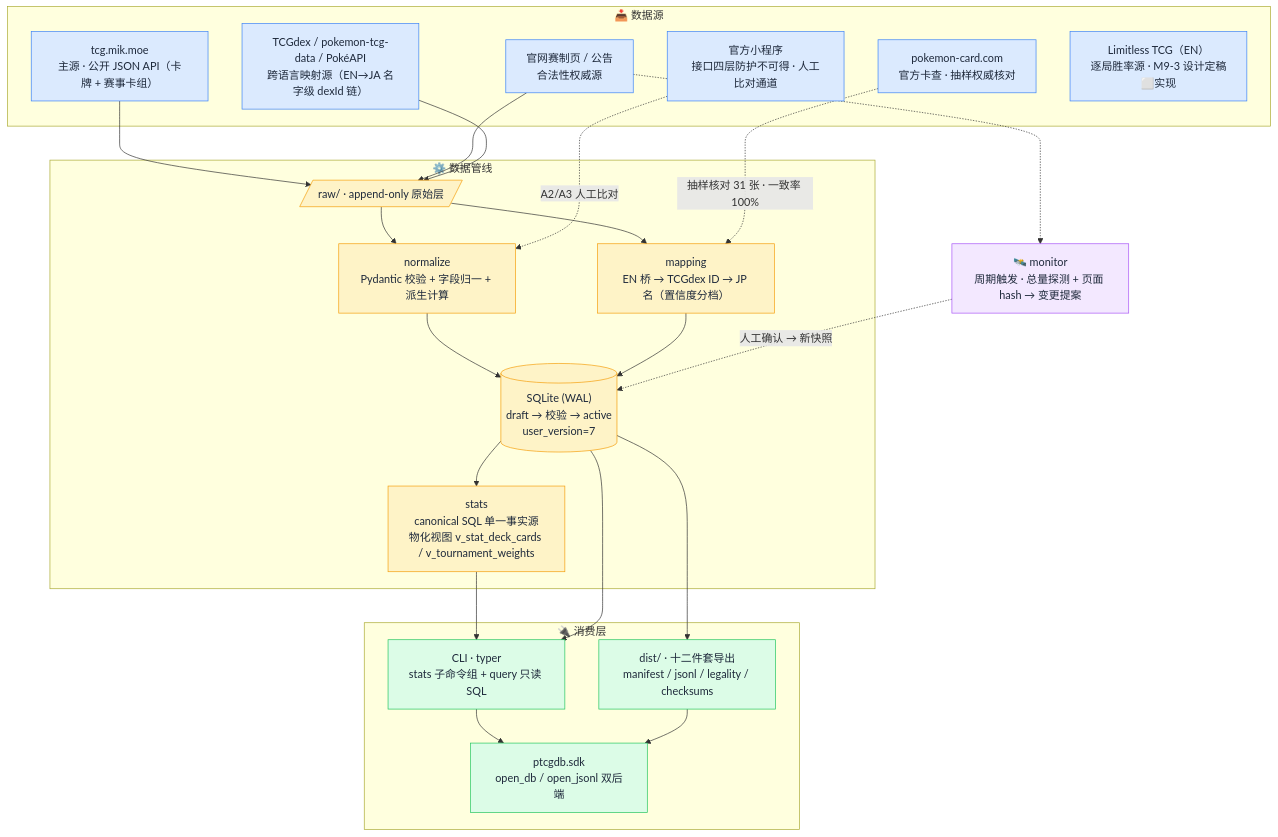
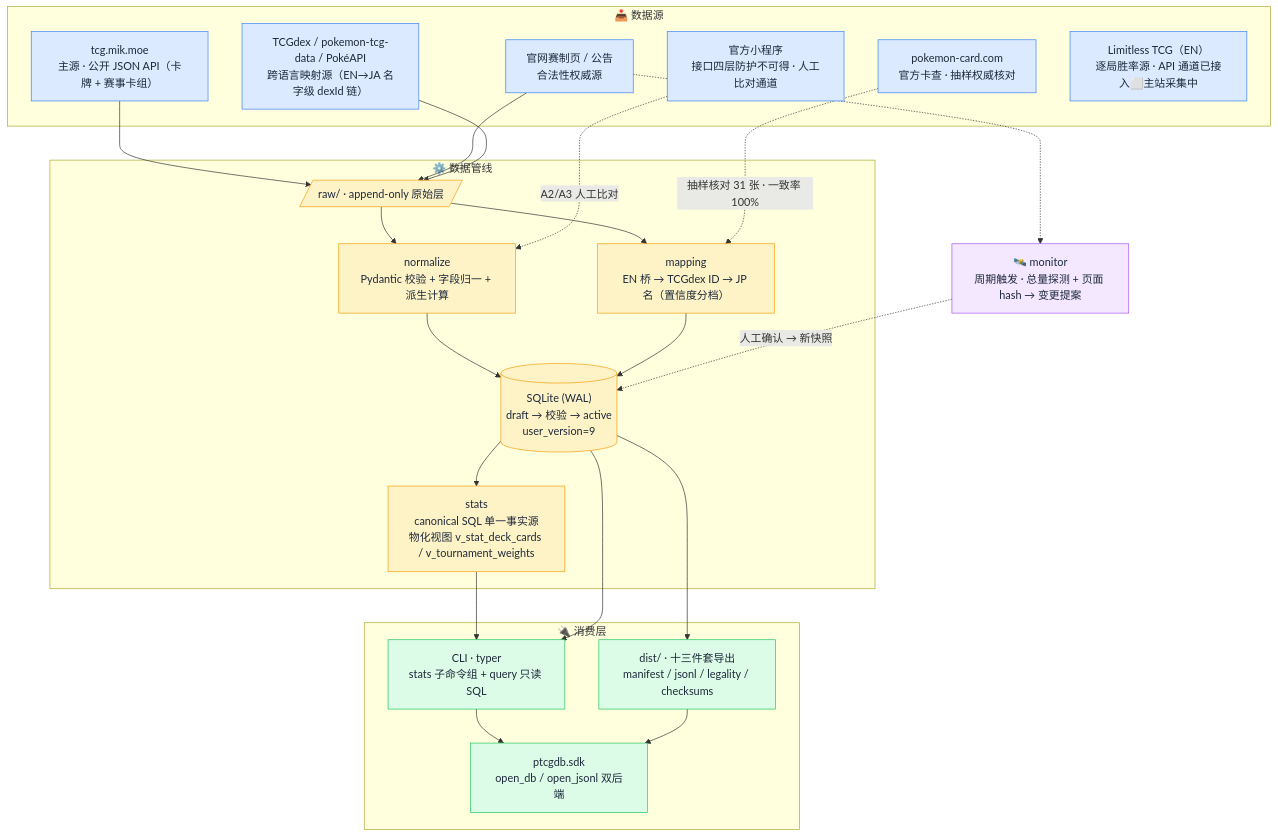
The diagram in README.md (Bingtuu/Pokearena), drawn with Mermaid before and after one commit. The commit also changed other lines of this file and 1 other file, not shown here.

Commit message:
docs: STATUS/README 同步 task 028 实现段中期进展——API 通道全链路+主站通道管线落地(8场/417卡组full=122已入库,主站全窗口采集后台进行中);真实库口径user_version=9/赛事五表34赛/1669卡组/1823出战/pairings 1184;导出十二件套→十三件套(+pairings.jsonl);徽章PRD v1.14/Tests 521;Roadmap M9-3改实现段+架构图Limitless/user_version/DIST节点同步

````diff
--- a/README.md
+++ b/README.md
@@ -85,52 +87,52 @@
 ```mermaid
 flowchart TB
     subgraph SRC["📥 数据源"]
         A["tcg.mik.moe<br/>主源 · 公开 JSON API（卡牌 + 赛事卡组）"]
         B["官网赛制页 / 公告<br/>合法性权威源"]
         C["官方小程序<br/>接口四层防护不可得 · 人工比对通道"]
         D["TCGdex / pokemon-tcg-data / PokéAPI<br/>跨语言映射源（EN→JA 名字级 dexId 链）"]
         E["pokemon-card.com<br/>官方卡查 · 抽样权威核对"]
-        F["Limitless TCG（EN）<br/>逐局胜率源 · M9-3 设计定稿⬜实现"]
+        F["Limitless TCG（EN）<br/>逐局胜率源 · API 通道已接入⬜主站采集中"]
     end
 
     subgraph PIPE["⚙️ 数据管线"]
         RAW[/"raw/ · append-only 原始层"/]
         NORM["normalize<br/>Pydantic 校验 + 字段归一 + 派生计算"]
         MAP["mapping<br/>EN 桥 → TCGdex ID → JP 名（置信度分档）"]
-        DB[("SQLite (WAL)<br/>draft → 校验 → active<br/>user_version=7")]
+        DB[("SQLite (WAL)<br/>draft → 校验 → active<br/>user_version=9")]
         STATS["stats<br/>canonical SQL 单一事实源<br/>物化视图 v_stat_deck_cards / v_tournament_weights"]
     end
 
     subgraph OUT["🔌 消费层"]
         CLI["CLI · typer<br/>stats 子命令组 + query 只读 SQL"]
-        DIST["dist/ · 十二件套导出<br/>manifest / jsonl / legality / checksums"]
+        DIST["dist/ · 十三件套导出<br/>manifest / jsonl / legality / checksums"]
         SDK["ptcgdb.sdk<br/>open_db / open_jsonl 双后端"]
     end
 
     MON["🛰️ monitor<br/>周期触发 · 总量探测 + 页面 hash → 变更提案"]
 
     A --> RAW
     B --> RAW
     D --> RAW
     RAW --> NORM --> DB
     RAW --> MAP --> DB
     E -.->|抽样核对 31 张 · 一致率 100%| MAP
     C -.->|A2/A3 人工比对| NORM
     DB --> STATS
     STATS --> CLI
     DB --> CLI
     DB --> DIST
     CLI --> SDK
     DIST --> SDK
     B -.-> MON
     MON -.->|人工确认 → 新快照| DB
 
     classDef source fill:#dbeafe,stroke:#3b82f6,color:#1e293b;
     classDef pipe fill:#fef3c7,stroke:#f59e0b,color:#1e293b;
     classDef out fill:#dcfce7,stroke:#22c55e,color:#1e293b;
     classDef mon fill:#f3e8ff,stroke:#a855f7,color:#1e293b;
     class A,B,C,D,E,F source;
     class RAW,NORM,MAP,DB,STATS pipe;
     class CLI,DIST,SDK out;
     class MON mon;
 ```
````
